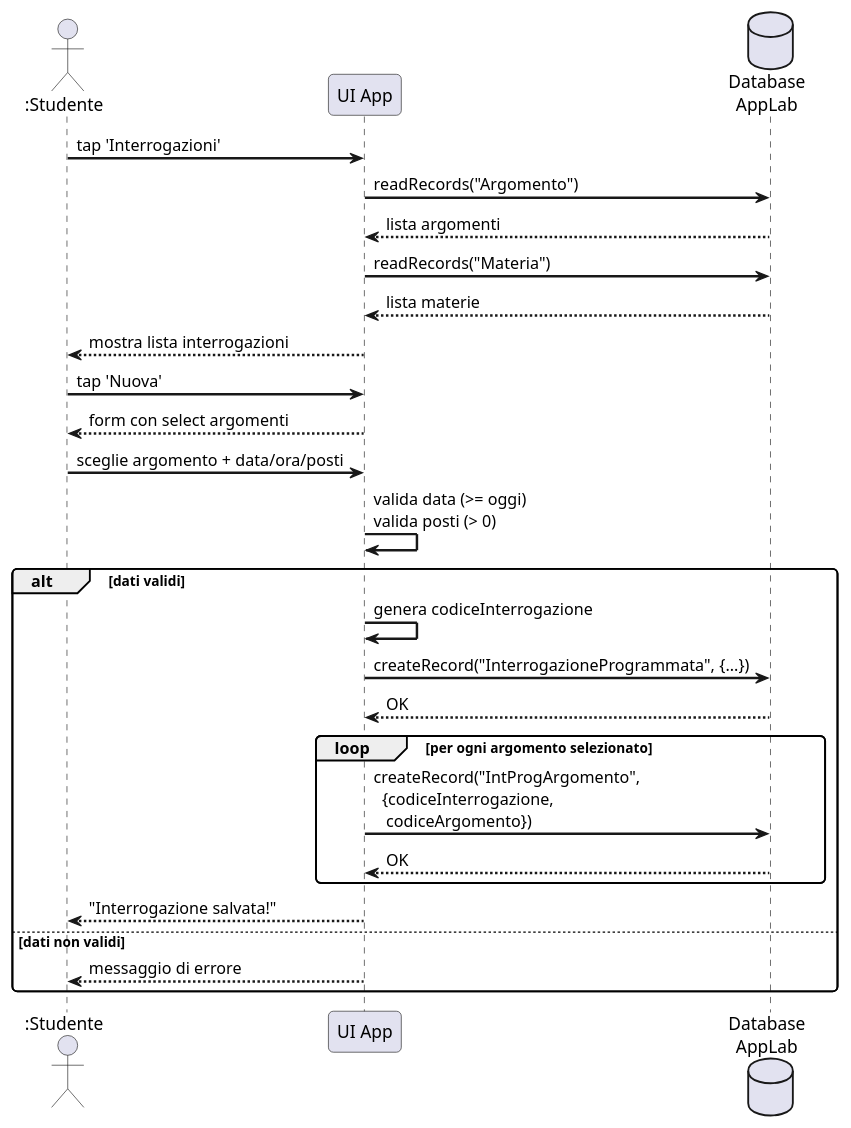
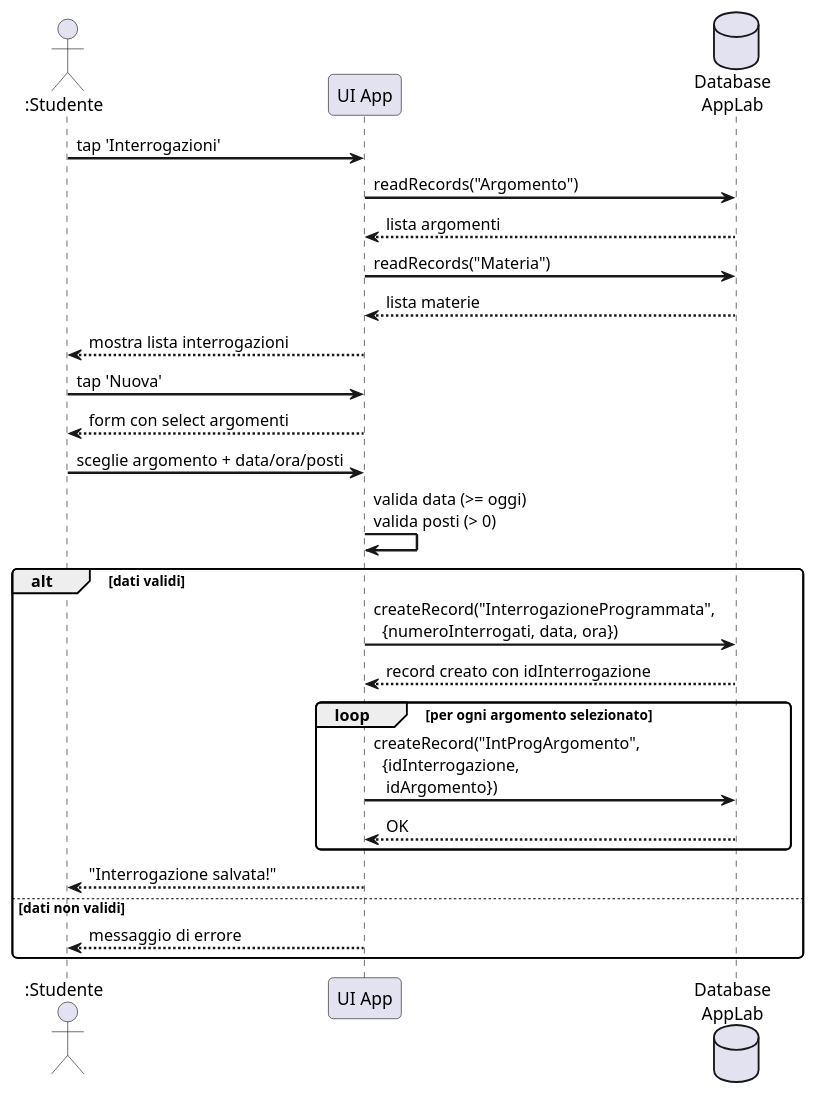
Before and after one commit to gionatamassibenincasa/study-together: the third of 8 diagrams in srs.adoc, drawn with PlantUML. The commit also changed other lines of this file and 11 other files, not shown here.

Commit message:
Align schema to auto-generated IDs

```diff
--- a/srs.adoc
+++ b/srs.adoc
@@ -593,39 +625,38 @@
 [plantuml, sd-inserimento-interrogazione, svg]
 ....
 @startuml
 skinparam sequenceArrowThickness 2
 skinparam roundcorner 8
 
 actor ":Studente" as S
 participant "UI App" as UI
 database "Database\nAppLab" as DB
 
 S -> UI : tap 'Interrogazioni'
 UI -> DB : readRecords("Argomento")
 DB --> UI : lista argomenti
 UI -> DB : readRecords("Materia")
 DB --> UI : lista materie
 
 UI --> S : mostra lista interrogazioni
 
 S -> UI : tap 'Nuova'
 UI --> S : form con select argomenti
 
 S -> UI : sceglie argomento + data/ora/posti
 
 UI -> UI : valida data (>= oggi)\nvalida posti (> 0)
 
 alt dati validi
-  UI -> UI : genera codiceInterrogazione
-  UI -> DB : createRecord("InterrogazioneProgrammata", {...})
-  DB --> UI : OK
+  UI -> DB : createRecord("InterrogazioneProgrammata",\n  {numeroInterrogati, data, ora})
+  DB --> UI : record creato con idInterrogazione
   loop per ogni argomento selezionato
-    UI -> DB : createRecord("IntProgArgomento",\n  {codiceInterrogazione,\n   codiceArgomento})
+    UI -> DB : createRecord("IntProgArgomento",\n  {idInterrogazione,\n   idArgomento})
     DB --> UI : OK
   end
   UI --> S : "Interrogazione salvata!"
 else dati non validi
   UI --> S : messaggio di errore
 end
 @enduml
 ....
```
